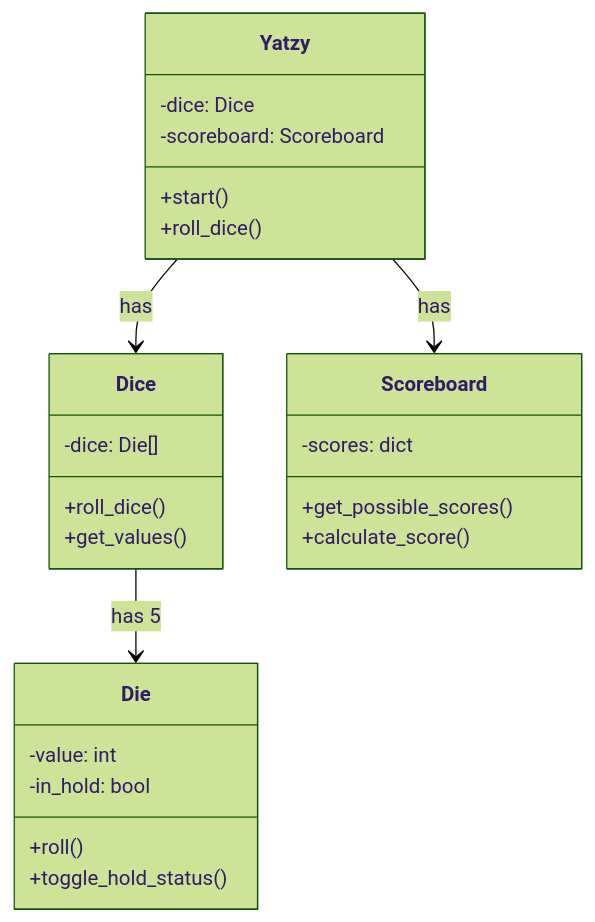
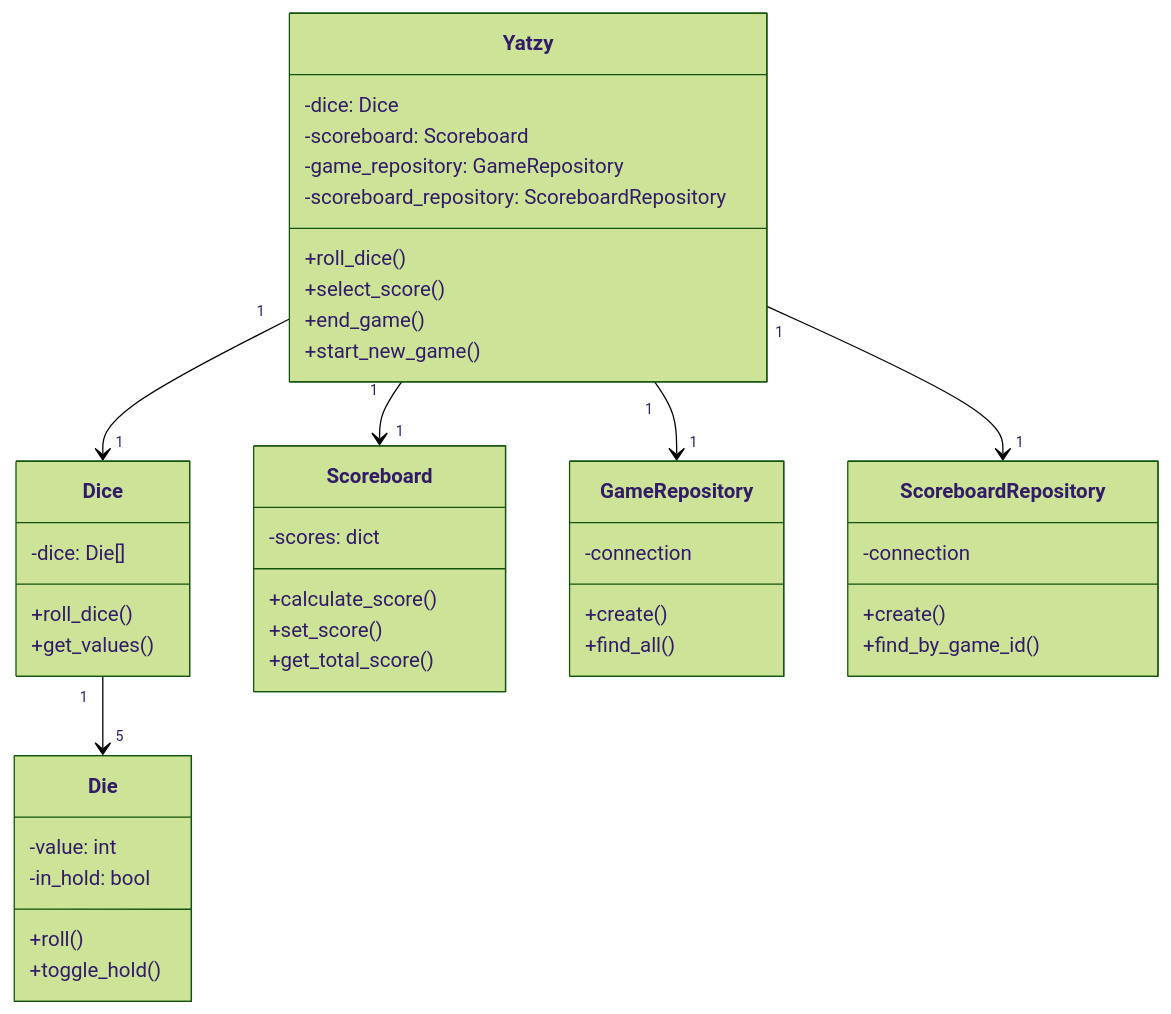
The first of 2 diagrams in dokumentaatio/arkkitehtuuri.md (latoma/OhTe-harjoitustyo), drawn with Mermaid (forest theme) before and after one commit. The commit also changed 2 other files, not shown here.

Commit message:
Luokkakaavion parannus

````diff
--- a/dokumentaatio/arkkitehtuuri.md
+++ b/dokumentaatio/arkkitehtuuri.md
@@ -3,29 +3,53 @@
 ```mermaid
 classDiagram
+    Yatzy "1" --> "1" Dice
+    Yatzy "1" --> "1" Scoreboard
+    Yatzy "1" --> "1" GameRepository
+    Yatzy "1" --> "1" ScoreboardRepository
+
+    Dice "1" --> "5" Die
+
     class Yatzy {
         -dice: Dice
         -scoreboard: Scoreboard
-        +start()
+        -game_repository: GameRepository
+        -scoreboard_repository: ScoreboardRepository
         +roll_dice()
+        +select_score()
+        +end_game()
+        +start_new_game()
     }
+
     class Dice {
         -dice: Die[]
         +roll_dice()
         +get_values()
     }
+
     class Die {
         -value: int
         -in_hold: bool
         +roll()
-        +toggle_hold_status()
+        +toggle_hold()
     }
+
     class Scoreboard {
         -scores: dict
-        +get_possible_scores()
         +calculate_score()
+        +set_score()
+        +get_total_score()
     }
 
-    Yatzy --> Dice : has
-    Yatzy --> Scoreboard : has
-    Dice --> Die : has 5
+    class GameRepository {
+        -connection
+        +create()
+        +find_all()
+    }
+
+    class ScoreboardRepository {
+        -connection
+        +create()
+        +find_by_game_id()
+    }
+
 ```
````
